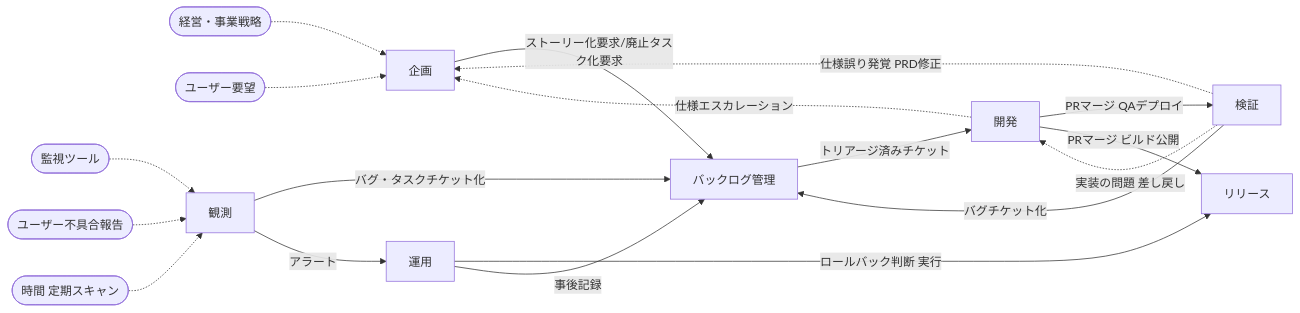
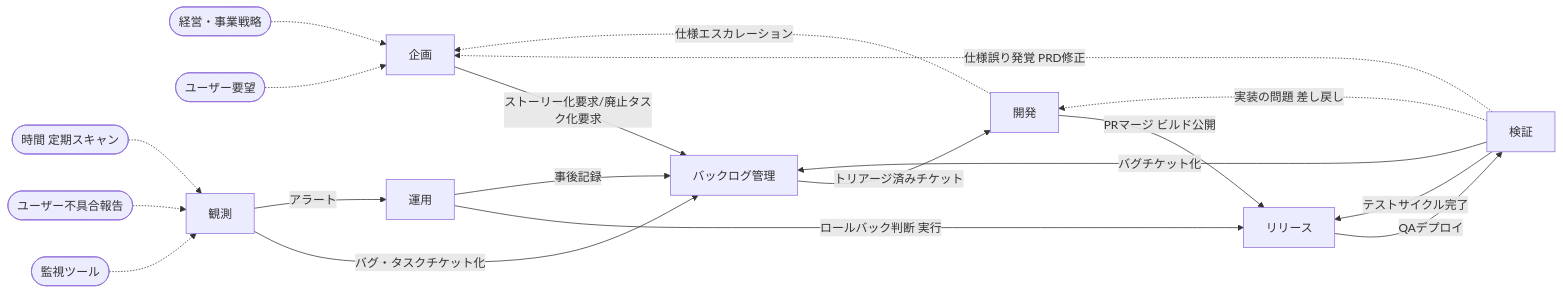
Before and after one commit to kuchita-el/claude-shared-skills: the second of 2 diagrams in docs/big-picture.md, drawn with Mermaid. The commit also changed other lines of this file and 2 other files, not shown here.

````diff
--- a/docs/big-picture.md
+++ b/docs/big-picture.md
@@ -217,21 +226,22 @@
 ```mermaid
 graph LR
     外部1([経営・事業戦略]) -.-> 企画
     外部2([ユーザー要望]) -.-> 企画
     外部3([監視ツール]) -.-> 観測
     外部4([ユーザー不具合報告]) -.-> 観測
     外部5([時間 定期スキャン]) -.-> 観測
 
     企画 -->|ストーリー化要求/廃止タスク化要求| BL[バックログ管理]
     観測 -->|バグ・タスクチケット化| BL
     観測 -->|アラート| 運用
     検証 -->|バグチケット化| BL
     検証 -.->|仕様誤り発覚 PRD修正| 企画
     検証 -.->|実装の問題 差し戻し| 開発
     運用 -->|ロールバック判断 実行| リリース
     運用 -->|事後記録| BL
     BL -->|トリアージ済みチケット| 開発
-    開発 -->|PRマージ QAデプロイ| 検証
     開発 -->|PRマージ ビルド公開| リリース
+    リリース -->|QAデプロイ| 検証
+    検証 -->|テストサイクル完了| リリース
     開発 -.->|仕様エスカレーション| 企画
 ```
````
